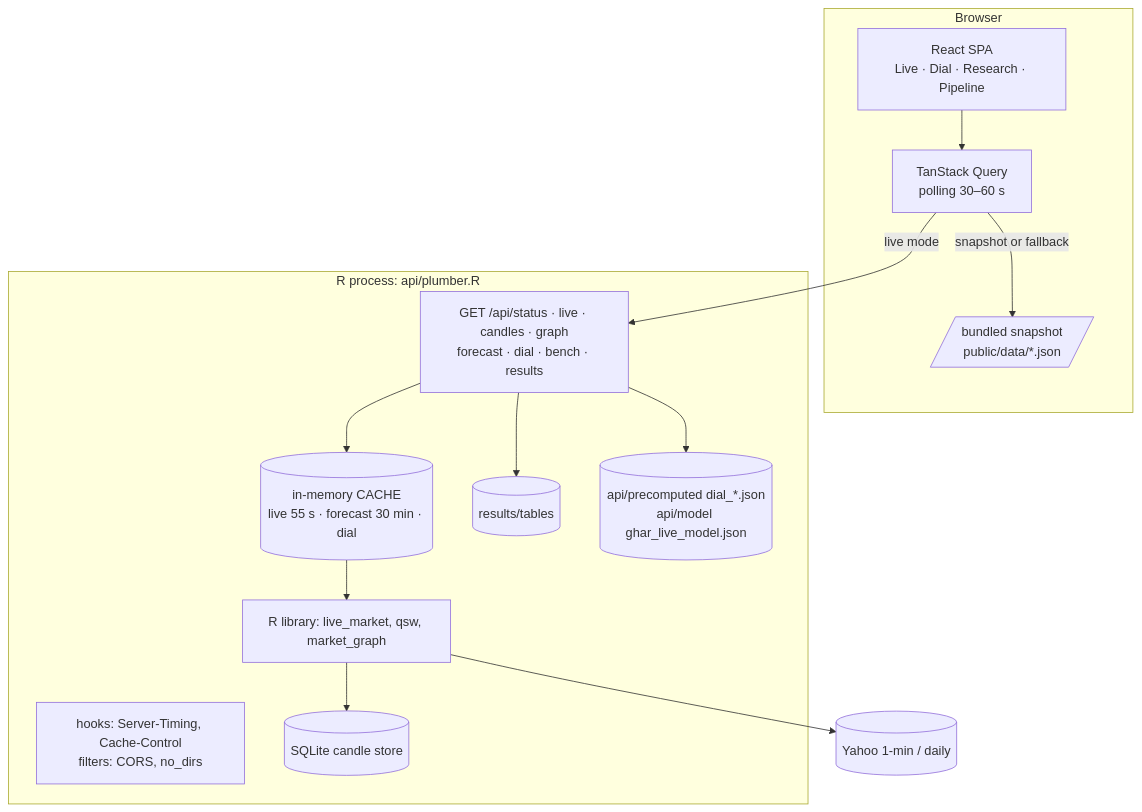
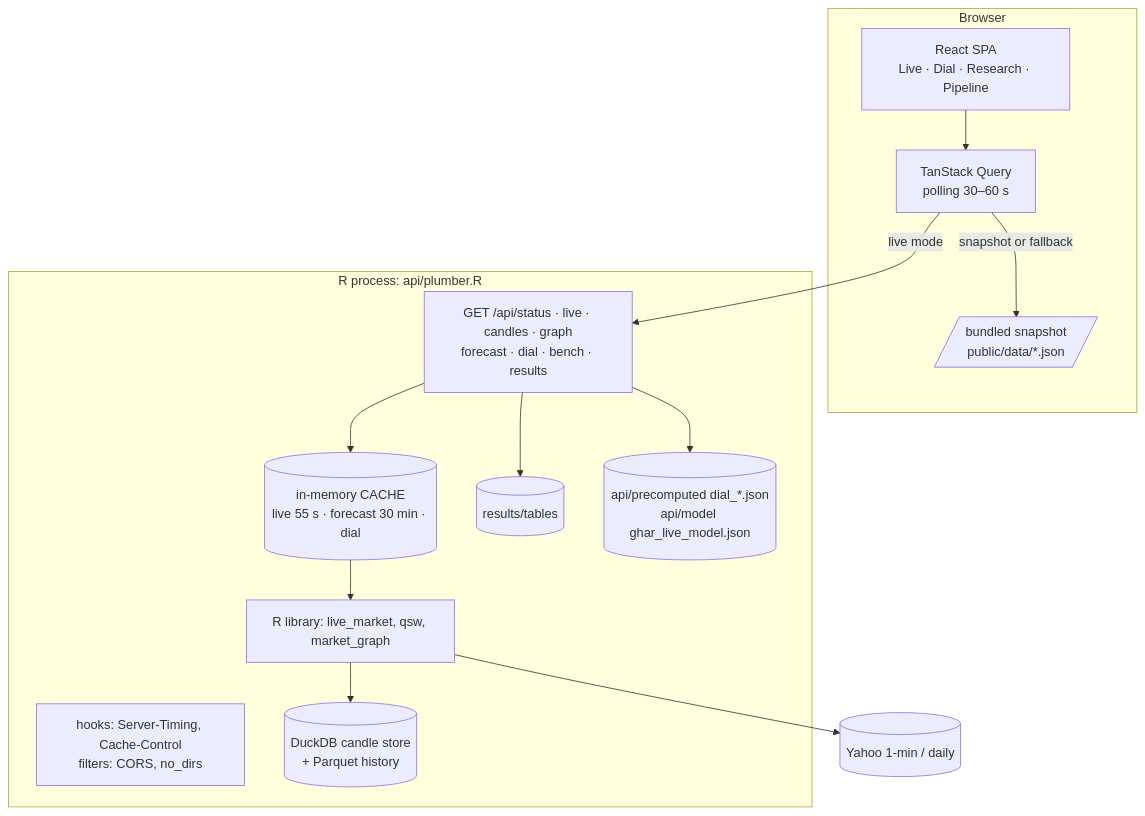
One commit to Nabisahebshaik/Q-Stock changed the fifth of 6 diagrams in docs/architecture/ARCHITECTURE.md. Above: the diagram before and after it, drawn with Mermaid. The commit also changed other lines of this file and 23 other files, not shown here.

First line of the commit message:
Live candle store on DuckDB + Parquet; charts read the store; daily prices cached as Parquet

````diff
--- a/docs/architecture/ARCHITECTURE.md
+++ b/docs/architecture/ARCHITECTURE.md
@@ -158,23 +158,23 @@
 ```mermaid
 flowchart TB
   subgraph browser[Browser]
     ui[React SPA<br/>Live · Dial · Research · Pipeline]
     rq[TanStack Query<br/>polling 30–60 s]
     snap[/bundled snapshot<br/>public/data/*.json/]
   end
   subgraph api[R process: api/plumber.R]
     hooks[hooks: Server-Timing, Cache-Control<br/>filters: CORS, no_dirs]
     ep[GET /api/status · live · candles · graph<br/>forecast · dial · bench · results]
     cache[(in-memory CACHE<br/>live 55 s · forecast 30 min · dial)]
     core[R library: live_market, qsw, market_graph]
-    store[(SQLite candle store)]
+    store[(DuckDB candle store<br/>+ Parquet history)]
     tables[(results/tables)]
     pre[(api/precomputed dial_*.json<br/>api/model ghar_live_model.json)]
   end
   yahoo[(Yahoo 1-min / daily)]
   ui --> rq -->|live mode| ep
   rq -->|snapshot or fallback| snap
   ep --> cache --> core --> yahoo
   core --> store
   ep --> tables & pre
 ```
````
